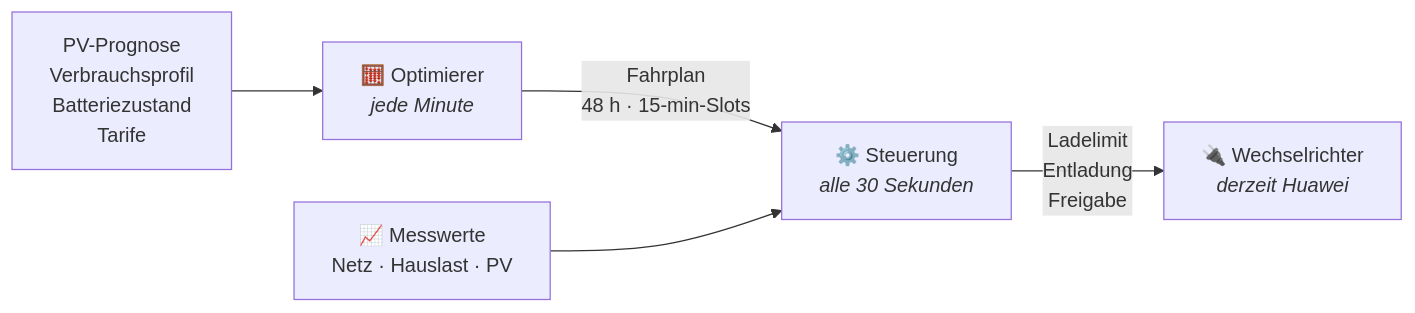
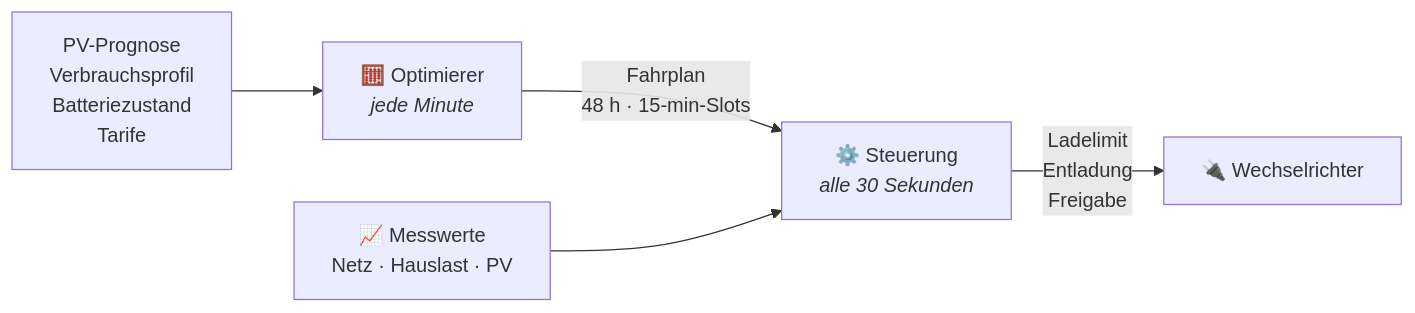
The first of 2 diagrams in docs/steuerung.md (RobertHell82/EEGEnergyOptimizer2), drawn with Mermaid before and after one commit. The commit also changed other lines of this file and 21 other files, not shown here.

````diff
--- a/docs/steuerung.md
+++ b/docs/steuerung.md
@@ -13,7 +13,7 @@
 ```mermaid
 flowchart LR
     IN["PV-Prognose<br/>Verbrauchsprofil<br/>Batteriezustand<br/>Tarife"] --> OPT
     OPT["🧮 Optimierer<br/><i>jede Minute</i>"] -- "Fahrplan<br/>48 h · 15-min-Slots" --> EXE
     MESS["📈 Messwerte<br/>Netz · Hauslast · PV"] --> EXE
-    EXE["⚙️ Steuerung<br/><i>alle 30 Sekunden</i>"] -- "Ladelimit<br/>Entladung<br/>Freigabe" --> WR["🔌 Wechselrichter<br/><i>derzeit Huawei</i>"]
+    EXE["⚙️ Steuerung<br/><i>alle 30 Sekunden</i>"] -- "Ladelimit<br/>Entladung<br/>Freigabe" --> WR["🔌 Wechselrichter"]
 ```
````
